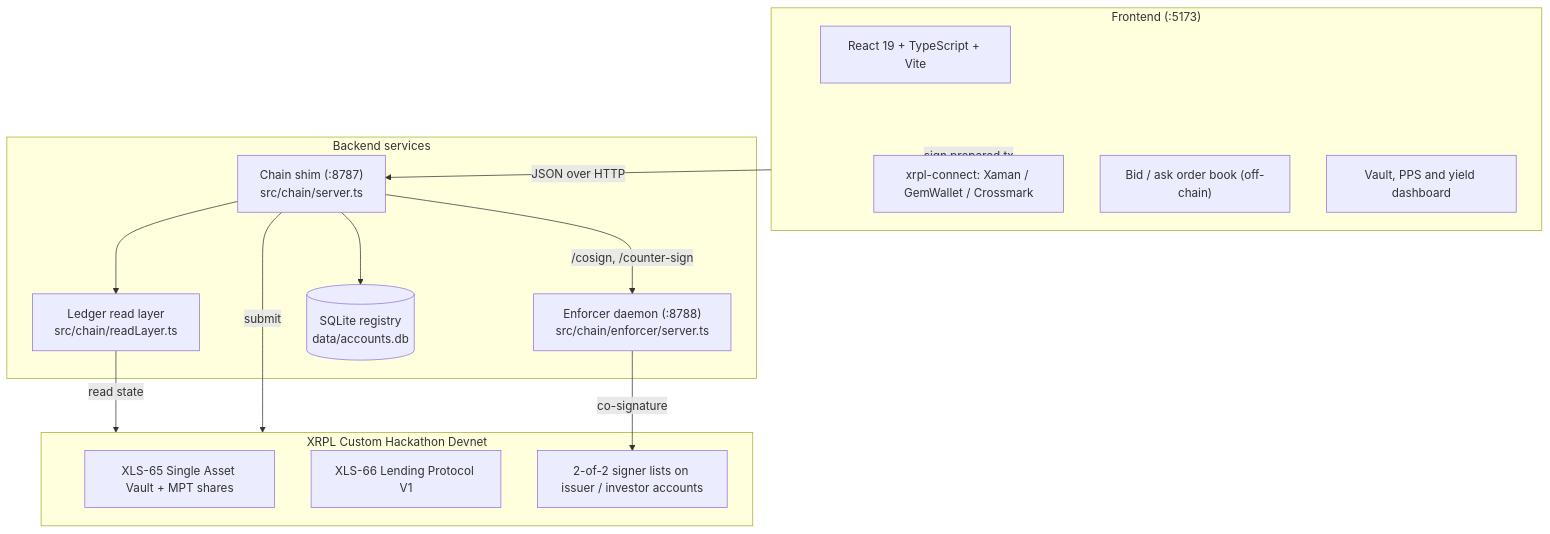
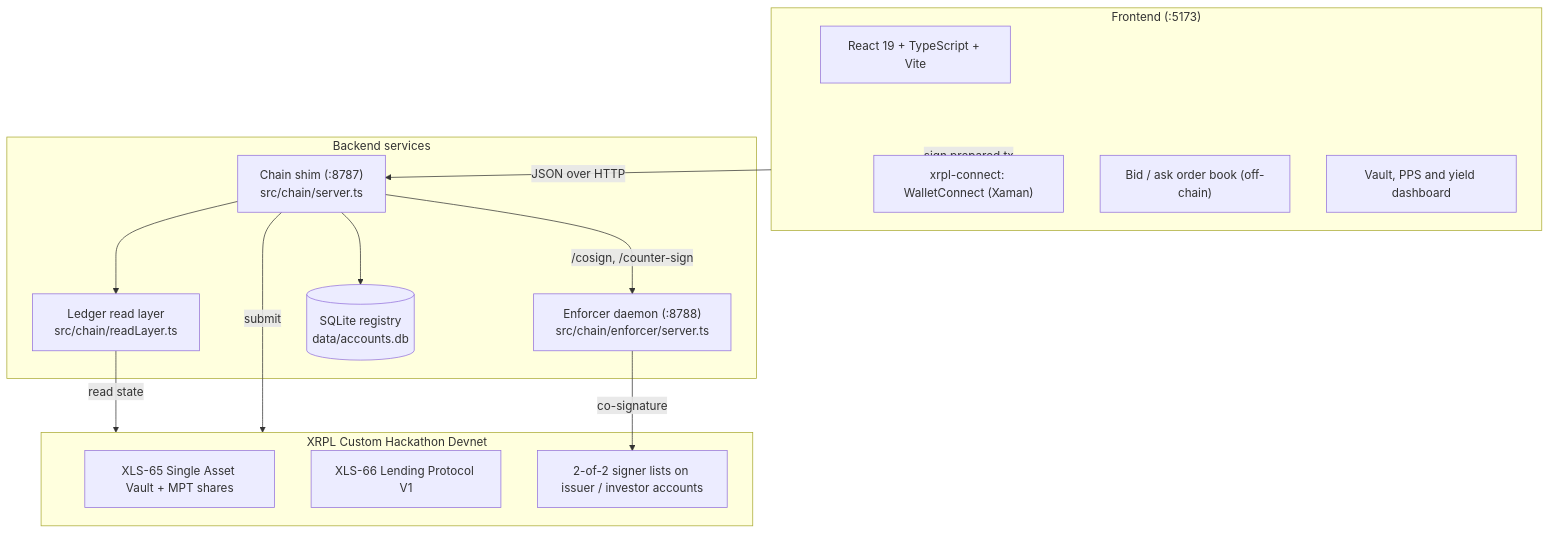
The diagram in README.md (G4SP4RDDB/AT1_XRPL), drawn with Mermaid before and after one commit. The commit also changed other lines of this file and 4 other files, not shown here.

First line of the commit message:
feat(frontend): WalletConnect is the only connection method

````diff
--- a/README.md
+++ b/README.md
@@ -130,31 +130,31 @@
 ```mermaid
 flowchart TD
     subgraph UI ["Frontend (:5173)"]
         React["React 19 + TypeScript + Vite"]
-        Wallet["xrpl-connect: Xaman / GemWallet / Crossmark"]
+        Wallet["xrpl-connect: WalletConnect (Xaman)"]
         Book["Bid / ask order book (off-chain)"]
         Dash["Vault, PPS and yield dashboard"]
     end
 
     subgraph Backend ["Backend services"]
         Shim["Chain shim (:8787)\nsrc/chain/server.ts"]
         Enforcer["Enforcer daemon (:8788)\nsrc/chain/enforcer/server.ts"]
         Read["Ledger read layer\nsrc/chain/readLayer.ts"]
         DB[("SQLite registry\ndata/accounts.db")]
     end
 
     subgraph Ledger ["XRPL Custom Hackathon Devnet"]
         Vault["XLS-65 Single Asset Vault + MPT shares"]
         Lending["XLS-66 Lending Protocol V1"]
         Multisig["2-of-2 signer lists on issuer / investor accounts"]
     end
 
     UI -->|JSON over HTTP| Shim
     UI -->|sign prepared tx| Wallet
     Shim --> Read
     Shim --> DB
     Shim -->|"/cosign, /counter-sign"| Enforcer
     Read -->|read state| Ledger
     Shim -->|submit| Ledger
     Enforcer -->|co-signature| Multisig
 ```
````
